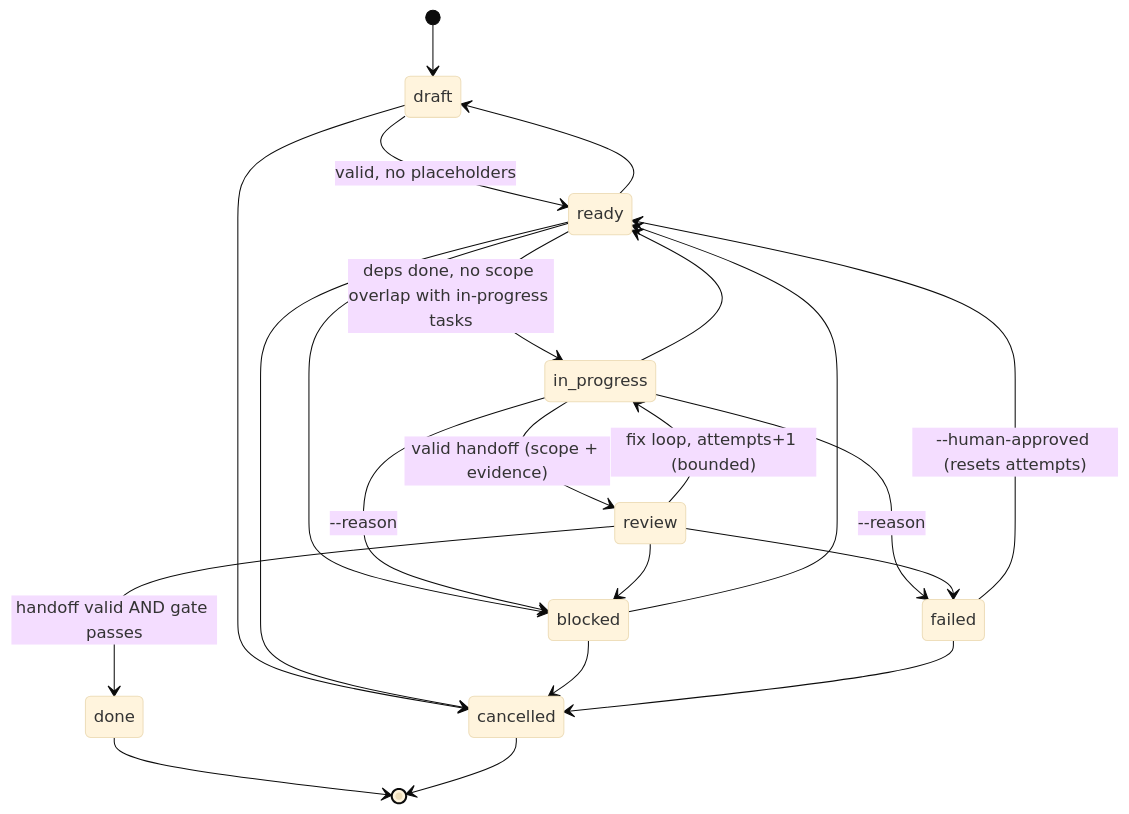
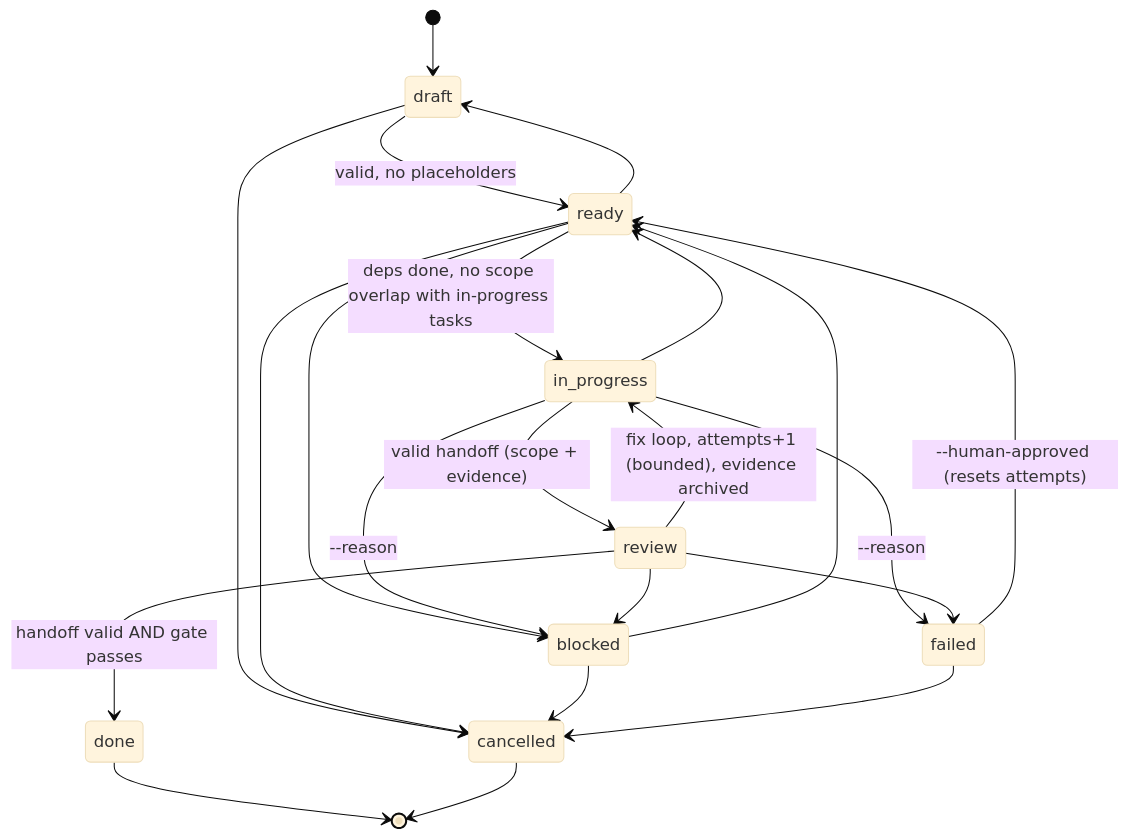
Before and after one commit to milanstankovic12345/project-kickstarter: the diagram in docs/architecture/task-lifecycle.md, drawn with Mermaid (base theme). The commit also changed other lines of this file and 29 other files, not shown here.

````diff
--- a/docs/architecture/task-lifecycle.md
+++ b/docs/architecture/task-lifecycle.md
@@ -34,24 +34,24 @@
 ```mermaid
 stateDiagram-v2
   [*] --> draft
   draft --> ready: valid, no placeholders
   draft --> cancelled
   ready --> in_progress: deps done, no scope overlap with in-progress tasks
   ready --> blocked
   ready --> draft
   ready --> cancelled
   in_progress --> review: valid handoff (scope + evidence)
   in_progress --> blocked: --reason
   in_progress --> failed: --reason
   in_progress --> ready
   review --> done: handoff valid AND gate passes
-  review --> in_progress: fix loop, attempts+1 (bounded)
+  review --> in_progress: fix loop, attempts+1 (bounded), evidence archived
   review --> blocked
   review --> failed
   blocked --> ready
   blocked --> cancelled
   failed --> ready: --human-approved (resets attempts)
   failed --> cancelled
   done --> [*]
   cancelled --> [*]
 ```
````
